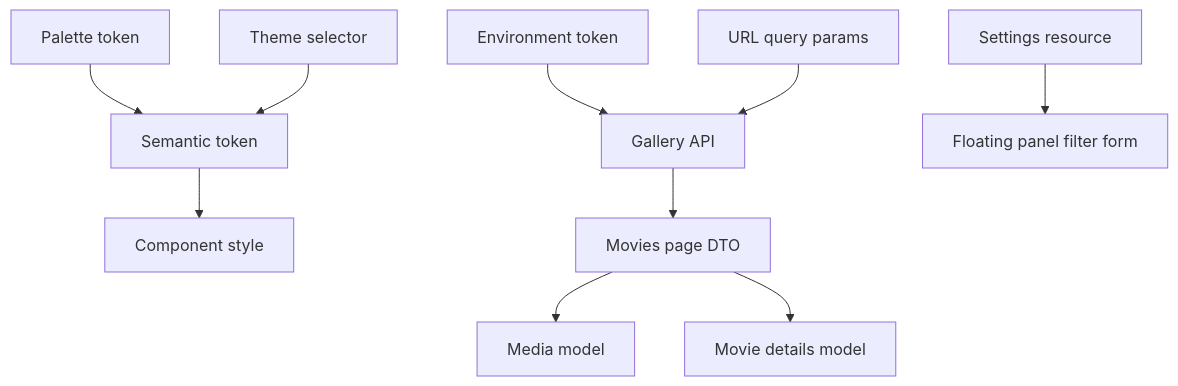
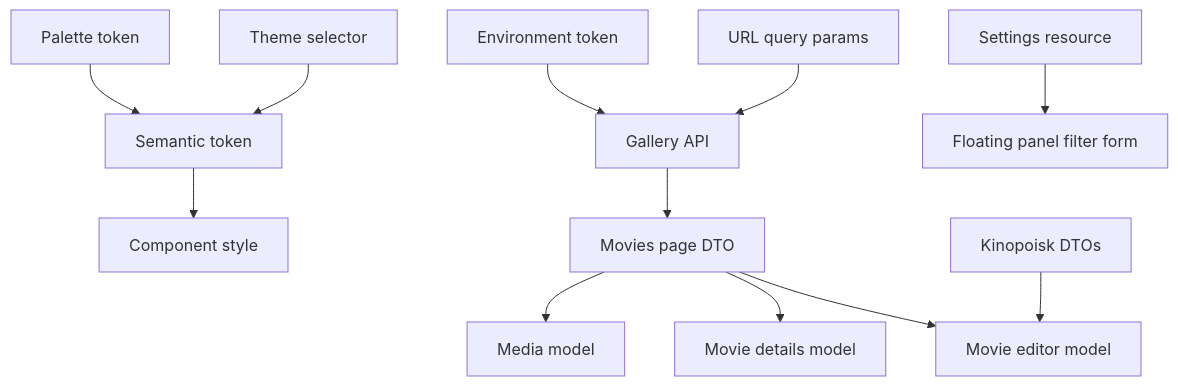
Before and after one commit to Zwezh/media-shelf: the diagram in lode/terminology.md, drawn with Mermaid. The commit also changed other lines of this file and 93 other files, not shown here.

Commit message:
feat(gallery): add movie editor and CRUD actions

````diff
--- a/lode/terminology.md
+++ b/lode/terminology.md
@@ -42,12 +45,14 @@
 ```mermaid
 flowchart TD
   Palette[Palette token] --> Semantic[Semantic token]
   Semantic --> Component[Component style]
   Theme[Theme selector] --> Semantic
   Environment[Environment token] --> GalleryAPI[Gallery API]
   Query[URL query params] --> GalleryAPI
   SettingsResource[Settings resource] --> FilterPanel[Floating panel filter form]
   GalleryAPI --> DTO[Movies page DTO]
   DTO --> Model[Media model]
   DTO --> Details[Movie details model]
+  DTO --> Editor[Movie editor model]
+  Kinopoisk[Kinopoisk DTOs] --> Editor
 ```
````
